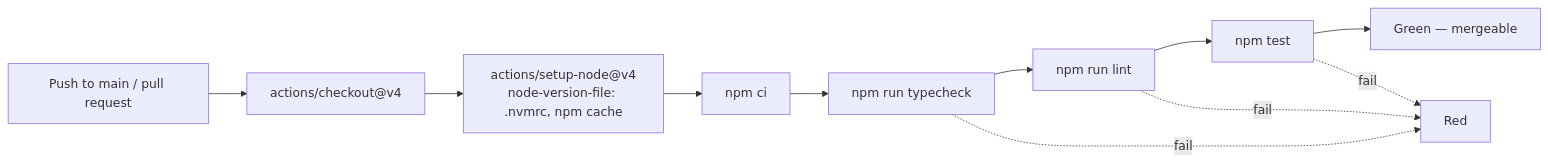
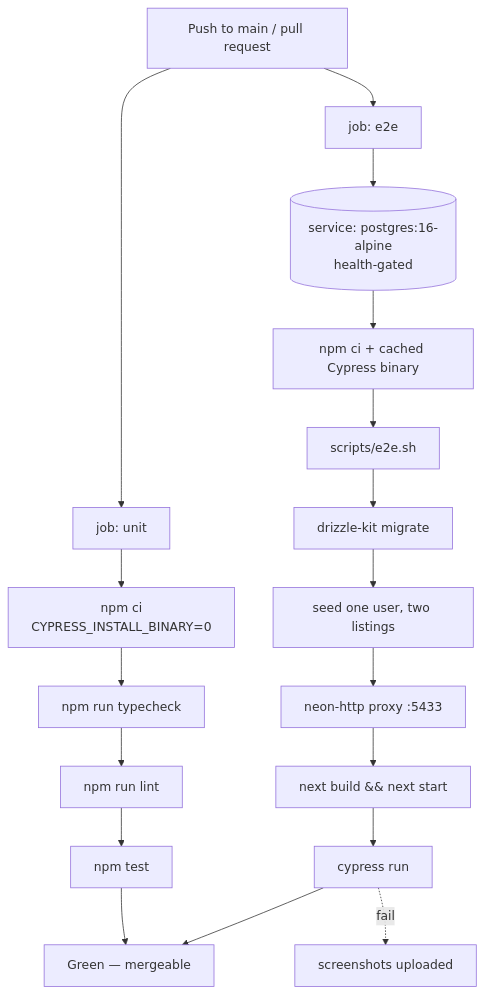
One commit to InnoLab-2026/FeedmyFrog changed diagram 11 of 12 in README.md. Above: the diagram before and after it, drawn with Mermaid. The commit also changed other lines of this file and 18 other files, not shown here.

````diff
--- a/README.md
+++ b/README.md
@@ -1028,13 +1135,20 @@
 ```mermaid
-flowchart LR
-    PR["Push to main / pull request"] --> CO["actions/checkout@v4"]
-    CO --> NODE["actions/setup-node@v4<br/>node-version-file: .nvmrc, npm cache"]
-    NODE --> CI["npm ci"]
-    CI --> TC["npm run typecheck"]
-    TC --> LT["npm run lint"]
-    LT --> UT["npm test"]
+flowchart TD
+    PR["Push to main / pull request"] --> U["job: unit"]
+    PR --> E["job: e2e"]
+
+    U --> UCI["npm ci<br/>CYPRESS_INSTALL_BINARY=0"]
+    UCI --> TC["npm run typecheck"] --> LT["npm run lint"] --> UT["npm test"]
+
+    E --> PG[("service: postgres:16-alpine<br/>health-gated")]
+    PG --> ECI["npm ci + cached Cypress binary"]
+    ECI --> SH["scripts/e2e.sh"]
+    SH --> MIG["drizzle-kit migrate"] --> SEED["seed one user, two listings"]
+    SEED --> PROXY["neon-http proxy :5433"]
+    PROXY --> BUILD["next build && next start"]
+    BUILD --> CY["cypress run"]
+
     UT --> OK["Green — mergeable"]
-    TC -.->|"fail"| RED["Red"]
-    LT -.->|"fail"| RED
-    UT -.->|"fail"| RED
+    CY --> OK
+    CY -.->|"fail"| ART["screenshots uploaded"]
 ```
````
